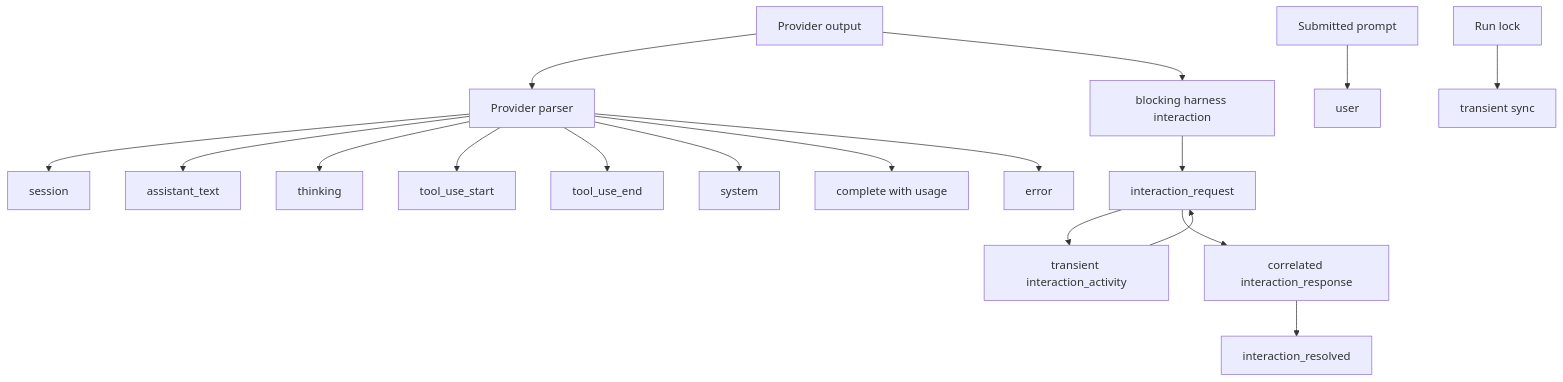
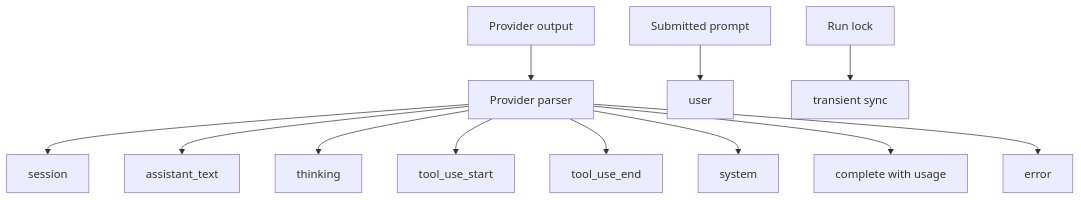
Before and after one commit to AbdallahMohamedDotnet/remote.futrx: the fourth of 5 diagrams in docs/02-workspaces/04-chat-and-agents.md, drawn with Mermaid. The commit also changed other lines of this file and 153 other files, not shown here.

````diff
--- a/docs/02-workspaces/04-chat-and-agents.md
+++ b/docs/02-workspaces/04-chat-and-agents.md
@@ -281,20 +272,14 @@
 ```mermaid
 flowchart TD
     Provider["Provider output"] --> Parser["Provider parser"]
     Parser --> Session["session"]
     Parser --> Text["assistant_text"]
     Parser --> Thinking["thinking"]
     Parser --> ToolStart["tool_use_start"]
     Parser --> ToolEnd["tool_use_end"]
-    Provider --> Interaction["blocking harness interaction"]
-    Interaction --> Request["interaction_request"]
-    Request --> Activity["transient interaction_activity"]
-    Activity --> Request
-    Request --> Response["correlated interaction_response"]
-    Response --> Resolved["interaction_resolved"]
     Parser --> System["system"]
     Parser --> Complete["complete with usage"]
     Parser --> Error["error"]
     User["Submitted prompt"] --> UserEvent["user"]
     Hub["Run lock"] --> Sync["transient sync"]
 ```
````
